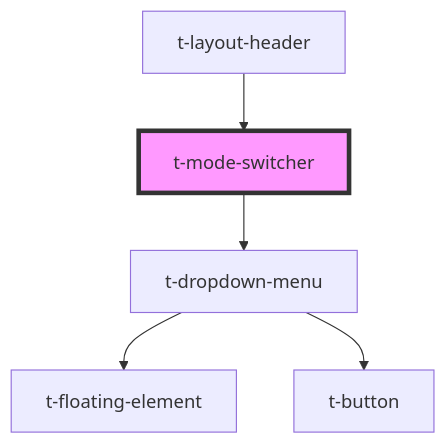
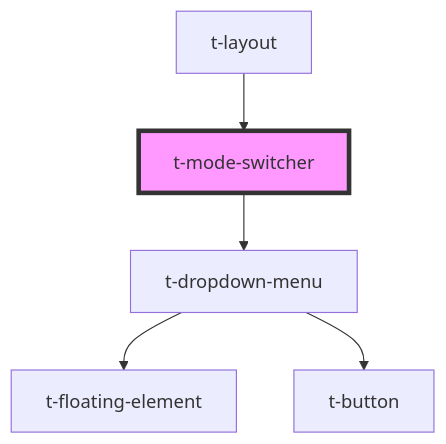
Before and after one commit to TomasEng/web-components: the diagram in packages/t-web-components/src/components/t-mode-switcher/readme.md, drawn with Mermaid. The commit also changed other lines of this file and 37 other files, not shown here.

````diff
--- a/packages/t-web-components/src/components/t-mode-switcher/readme.md
+++ b/packages/t-web-components/src/components/t-mode-switcher/readme.md
@@ -28,8 +28,8 @@
 ```mermaid
 graph TD;
   t-mode-switcher --> t-dropdown-menu
   t-dropdown-menu --> t-floating-element
   t-dropdown-menu --> t-button
-  t-layout-header --> t-mode-switcher
+  t-layout --> t-mode-switcher
   style t-mode-switcher fill:#f9f,stroke:#333,stroke-width:4px
 ```
````
